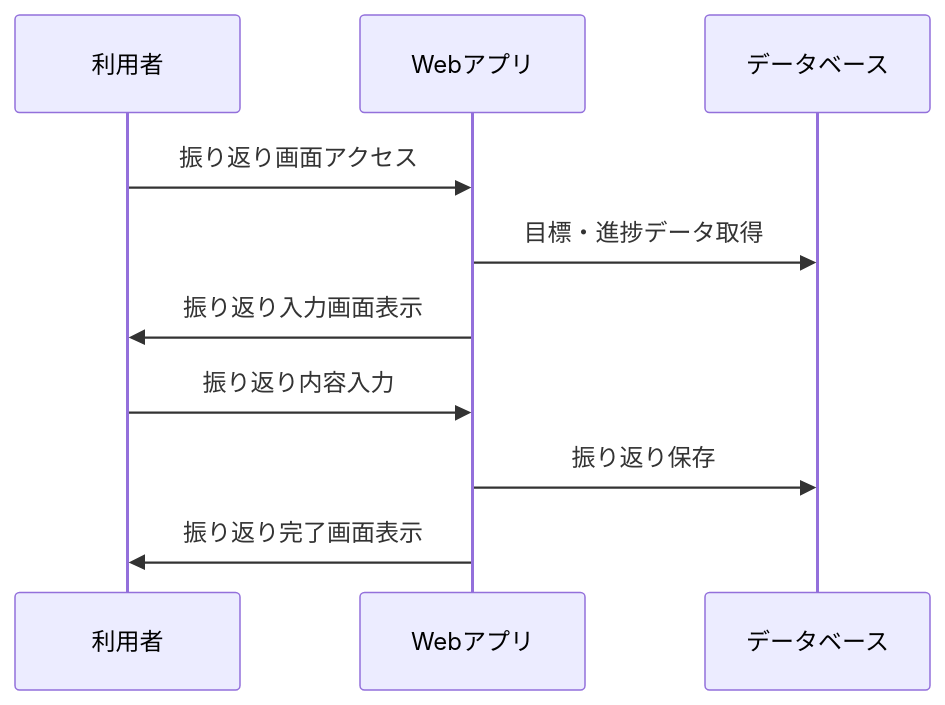
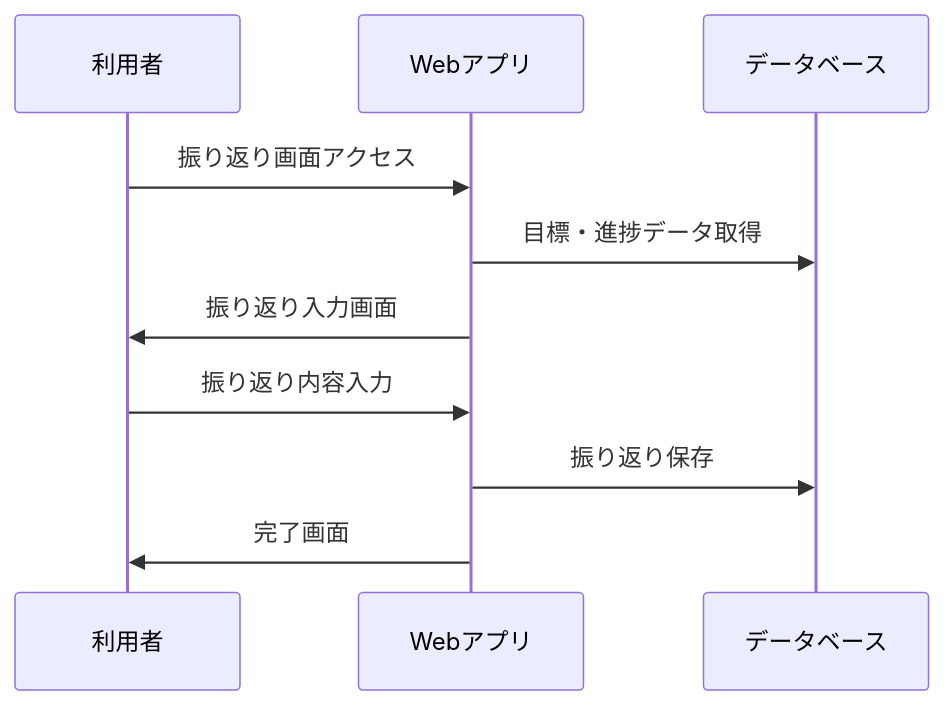
The third of 3 diagrams in .kiro/steering/1-product-overview.md (satoshi256kbyte/goal-mandala), drawn with Mermaid before and after one commit. The commit also changed other lines of this file and 10 other files, not shown here.

````diff
--- a/.kiro/steering/1-product-overview.md
+++ b/.kiro/steering/1-product-overview.md
@@ -146,14 +120,14 @@
 ```mermaid
 sequenceDiagram
     participant U as 利用者
     participant W as Webアプリ
     participant D as データベース
 
     U->>W: 振り返り画面アクセス
     W->>D: 目標・進捗データ取得
-    W->>U: 振り返り入力画面表示
+    W->>U: 振り返り入力画面
   
     U->>W: 振り返り内容入力
     W->>D: 振り返り保存
-    W->>U: 振り返り完了画面表示
+    W->>U: 完了画面
 ```
````
